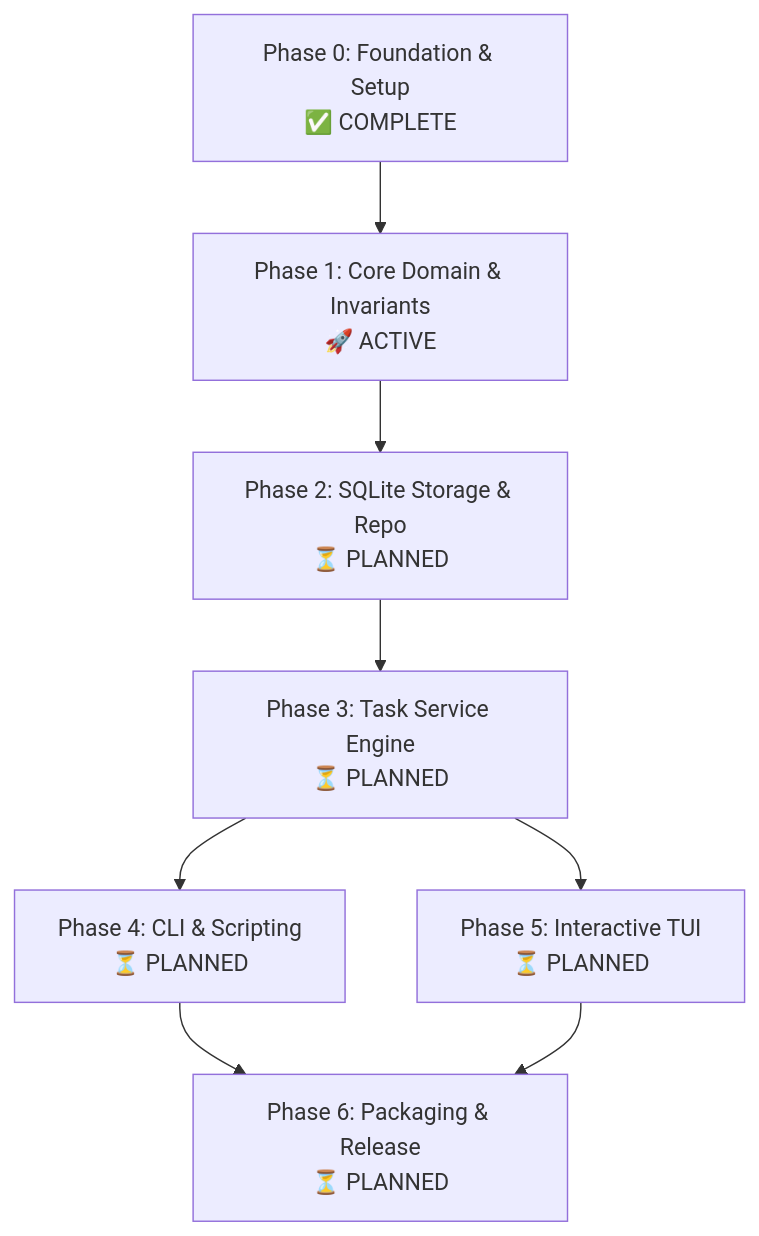
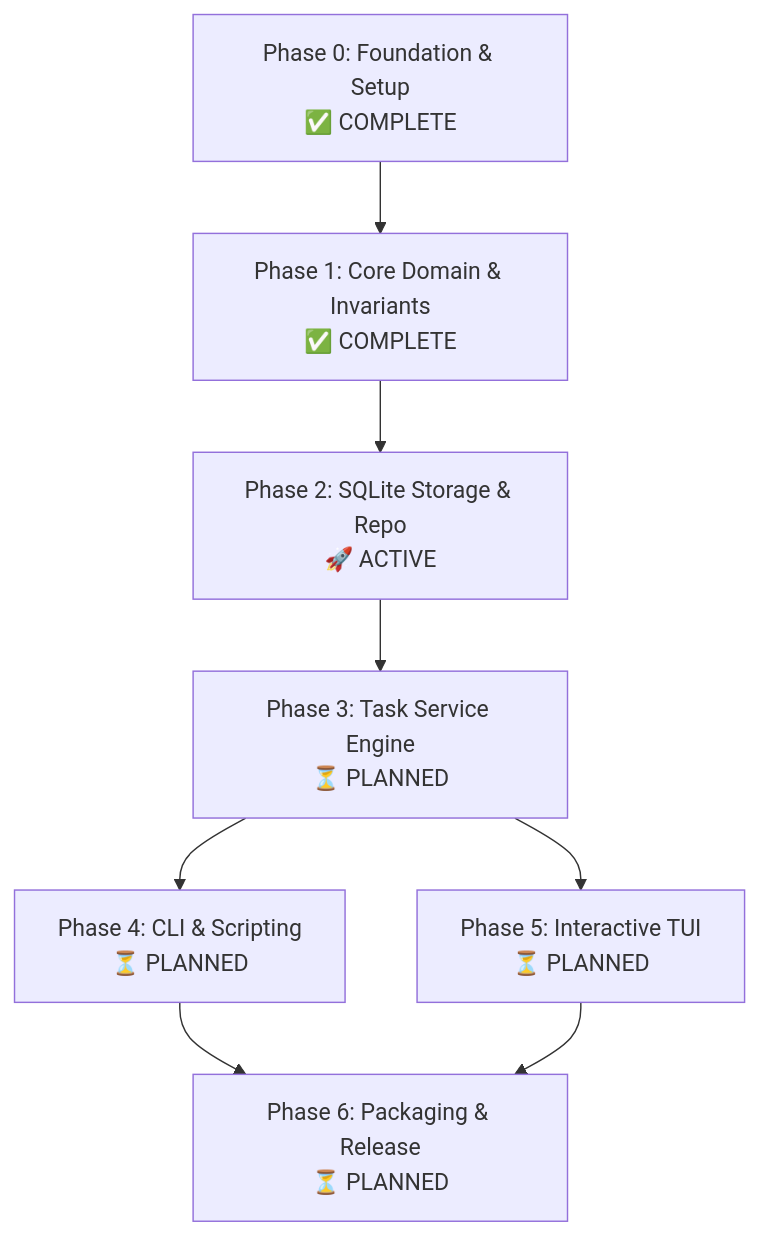
The diagram in MASTERPLAN.md (newbpydev/tusk), drawn with Mermaid before and after one commit. The commit also changed other lines of this file and 26 other files, not shown here.

First line of the commit message:
feat(core): implement core domain entities, hierarchies, and invariants (Feature 001) (#1)

````diff
--- a/MASTERPLAN.md
+++ b/MASTERPLAN.md
@@ -15,10 +15,10 @@
 ```mermaid
 graph TD
-    P0[Phase 0: Foundation & Setup<br/>✅ COMPLETE] --> P1[Phase 1: Core Domain & Invariants<br/>🚀 ACTIVE]
-    P1 --> P2[Phase 2: SQLite Storage & Repo<br/>⏳ PLANNED]
+    P0[Phase 0: Foundation & Setup<br/>✅ COMPLETE] --> P1[Phase 1: Core Domain & Invariants<br/>✅ COMPLETE]
+    P1 --> P2[Phase 2: SQLite Storage & Repo<br/>🚀 ACTIVE]
     P2 --> P3[Phase 3: Task Service Engine<br/>⏳ PLANNED]
     P3 --> P4[Phase 4: CLI & Scripting<br/>⏳ PLANNED]
     P3 --> P5[Phase 5: Interactive TUI<br/>⏳ PLANNED]
     P4 --> P6[Phase 6: Packaging & Release<br/>⏳ PLANNED]
     P5 --> P6
 ```
````
